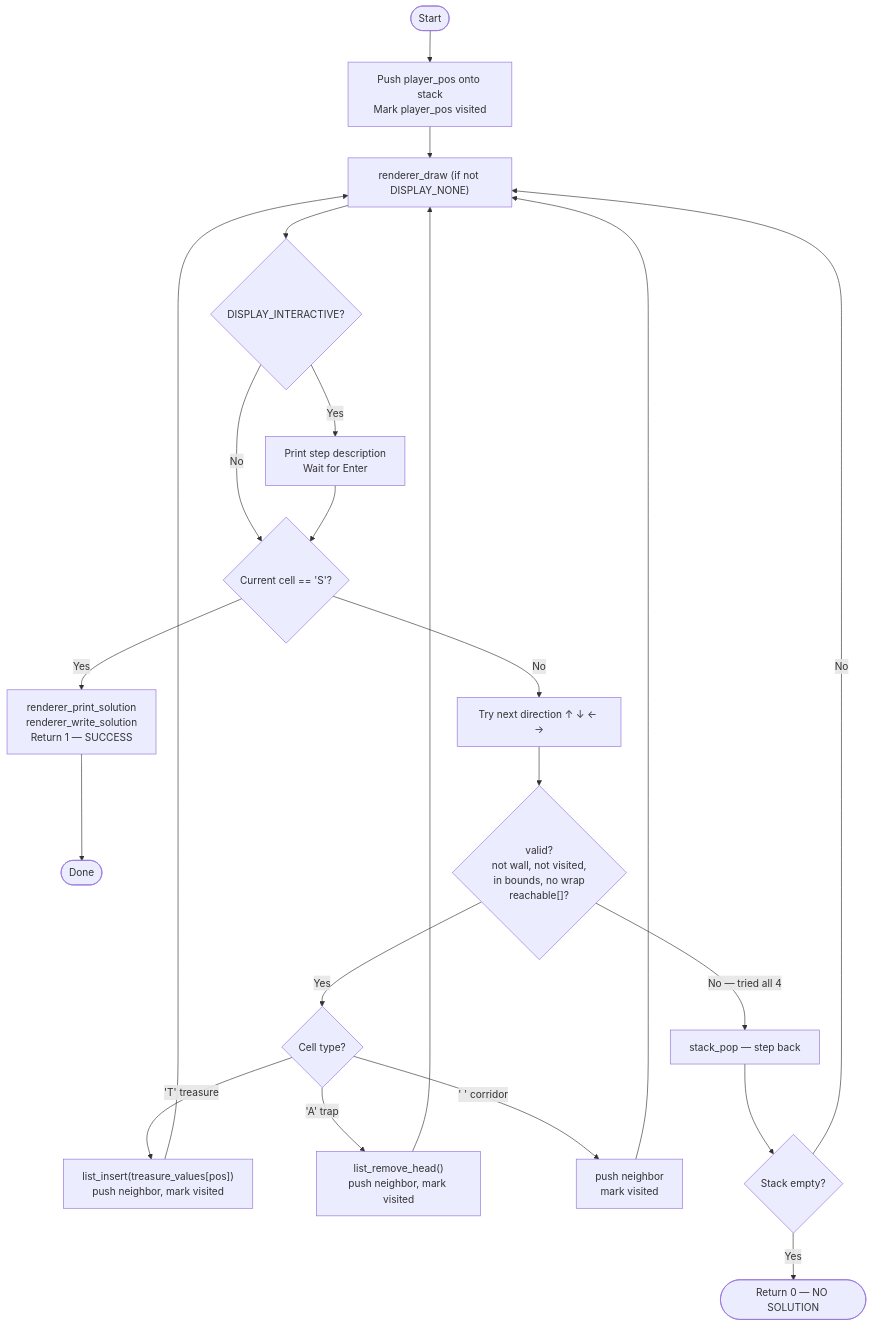
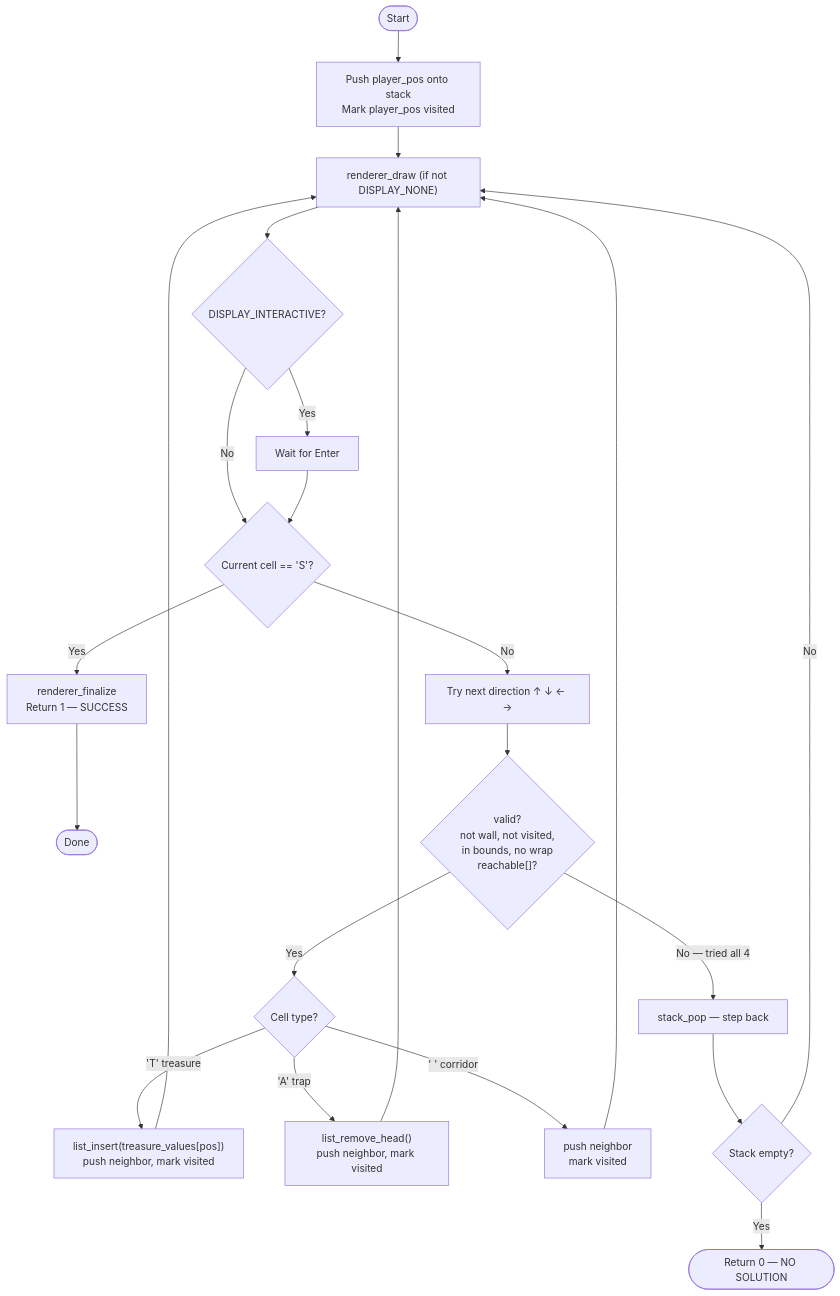
One commit to joseluinux/DSA5hSemesterProject changed the fourth of 6 diagrams in docs/architecture.md. Above: the diagram before and after it, drawn with Mermaid. The commit also changed other lines of this file and 5 other files, not shown here.

````diff
--- a/docs/architecture.md
+++ b/docs/architecture.md
@@ -134,30 +170,30 @@
 ```mermaid
 flowchart TD
     START([Start]) --> INIT["Push player_pos onto stack\nMark player_pos visited"]
     INIT --> DRAW["renderer_draw (if not DISPLAY_NONE)"]
     DRAW --> INTER{DISPLAY_INTERACTIVE?}
-    INTER -->|Yes| DESC["Print step description\nWait for Enter"]
+    INTER -->|Yes| WAIT["Wait for Enter"]
     INTER -->|No| EXIT_CHECK
-    DESC --> EXIT_CHECK
+    WAIT --> EXIT_CHECK
 
     EXIT_CHECK{Current cell == 'S'?}
-    EXIT_CHECK -->|Yes| WRITE["renderer_print_solution\nrenderer_write_solution\nReturn 1 — SUCCESS"]
+    EXIT_CHECK -->|Yes| WRITE["renderer_finalize\nReturn 1 — SUCCESS"]
     WRITE --> END_OK([Done])
 
     EXIT_CHECK -->|No| TRY["Try next direction ↑ ↓ ← →"]
     TRY --> VALID{"valid?\nnot wall, not visited,\nin bounds, no wrap\nreachable[]?"}
 
     VALID -->|Yes| EVENT{Cell type?}
     EVENT -->|'T' treasure| TREASURE["list_insert(treasure_values[pos])\npush neighbor, mark visited"]
     EVENT -->|'A' trap| TRAP["list_remove_head()\npush neighbor, mark visited"]
     EVENT -->|' ' corridor| MOVE["push neighbor\nmark visited"]
 
     TREASURE --> DRAW
     TRAP      --> DRAW
     MOVE      --> DRAW
 
     VALID -->|No — tried all 4| DEAD_END["stack_pop — step back"]
     DEAD_END --> EMPTY{Stack empty?}
     EMPTY -->|Yes| NO_SOL(["Return 0 — NO SOLUTION"])
     EMPTY -->|No| DRAW
 ```
````
